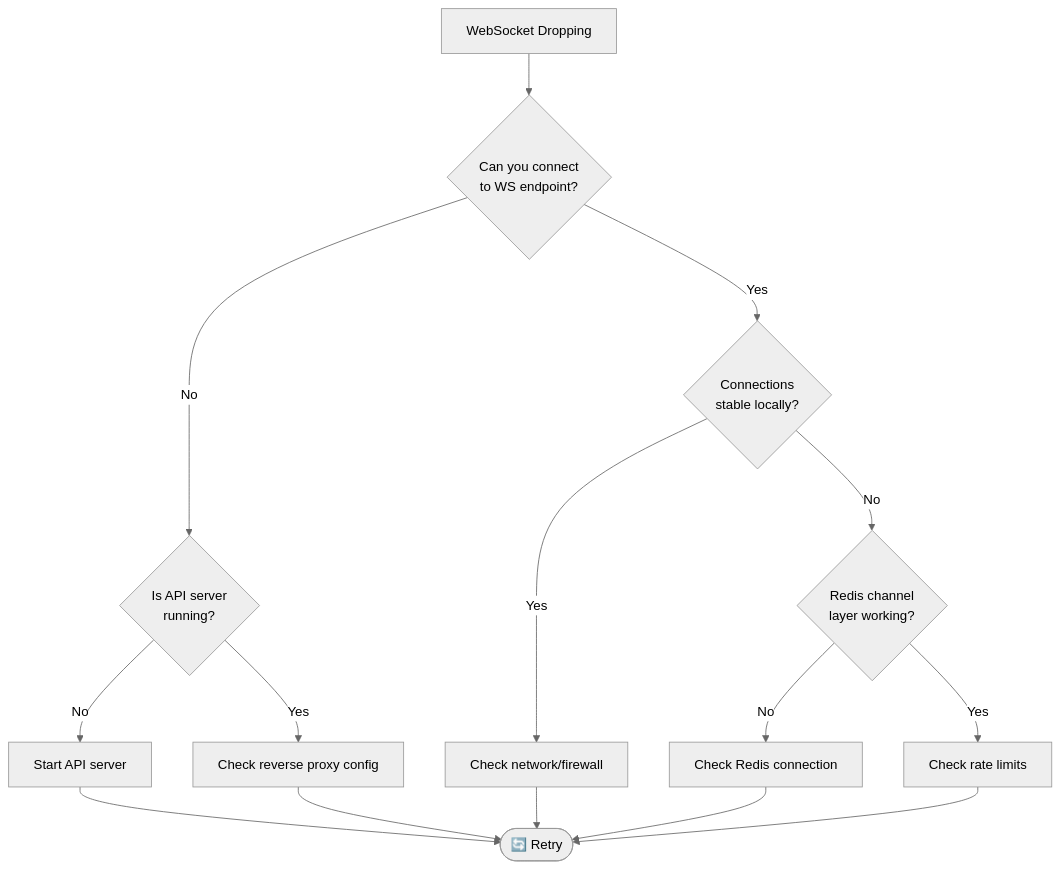
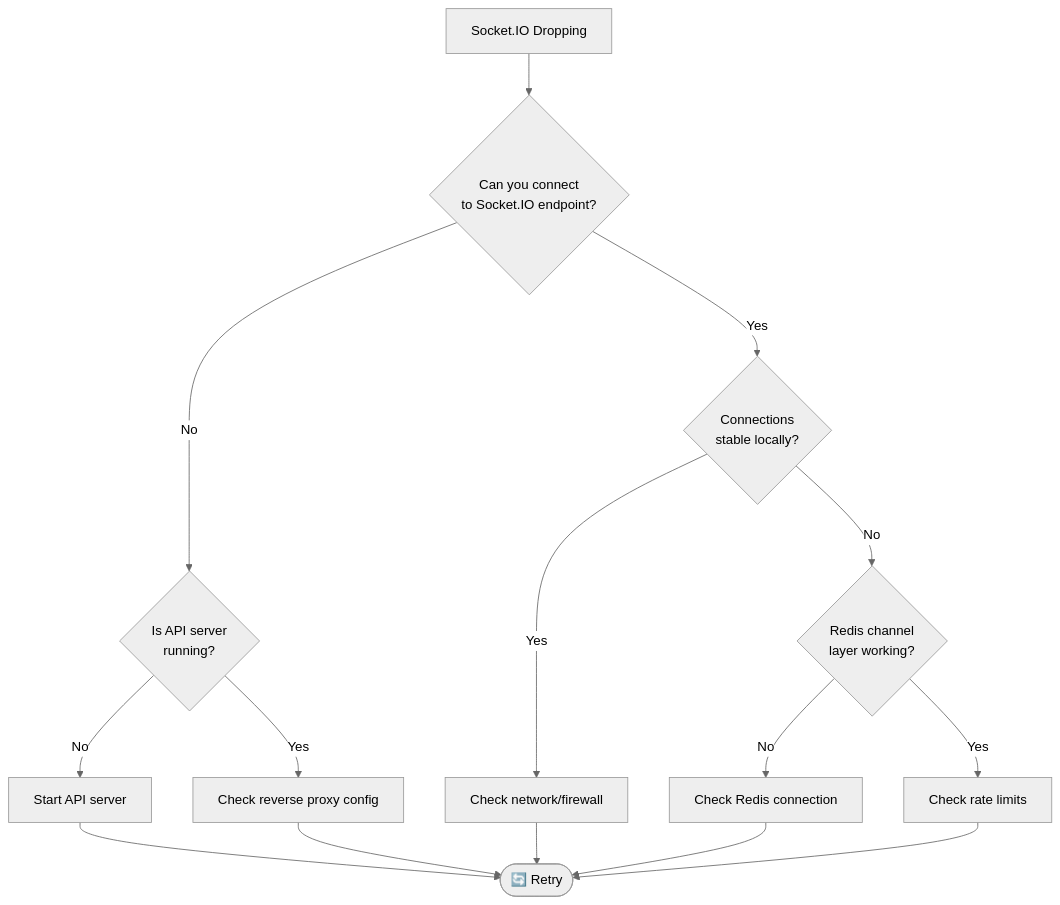
The fourth of 4 diagrams in docs/16-troubleshooting.md (CHA0S-CORP/SkySpy), drawn with Mermaid (neutral theme) before and after one commit. The commit also changed other lines of this file and 18 other files, not shown here.

````diff
--- a/docs/16-troubleshooting.md
+++ b/docs/16-troubleshooting.md
@@ -412,21 +412,21 @@
 ```mermaid
 flowchart TD
-    A[WebSocket Dropping] --> B{Can you connect<br/>to WS endpoint?}
+    A[Socket.IO Dropping] --> B{Can you connect<br/>to Socket.IO endpoint?}
     B -->|No| C{Is API server<br/>running?}
     B -->|Yes| D{Connections<br/>stable locally?}
 
     C -->|No| E[Start API server]
     C -->|Yes| F[Check reverse proxy config]
 
     D -->|Yes| G[Check network/firewall]
     D -->|No| H{Redis channel<br/>layer working?}
 
     H -->|No| I[Check Redis connection]
     H -->|Yes| J[Check rate limits]
 
     E --> K([🔄 Retry])
     F --> K
     G --> K
     I --> K
     J --> K
 ```
````
